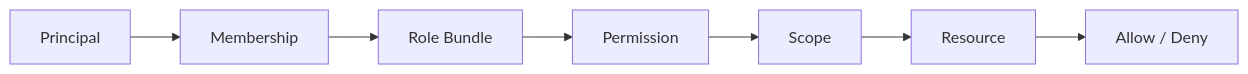
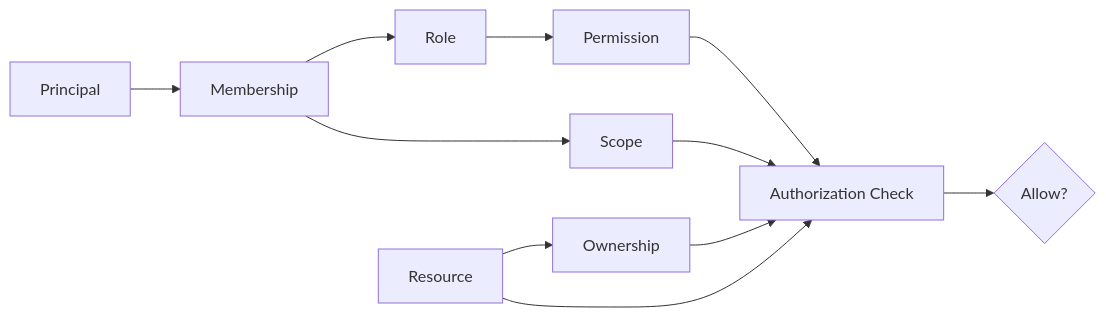
Before and after one commit to D-engahmed/OMILINKS: the second of 2 diagrams in docs/security/permission-matrix.md, drawn with Mermaid. The commit also changed other lines of this file and 1 other file, not shown here.

Commit message:
docs: deepen threat model and permission matrix

````diff
--- a/docs/security/permission-matrix.md
+++ b/docs/security/permission-matrix.md
@@ -24,9 +86,13 @@
-```mermaid
+~~~mermaid
 flowchart LR
-P[Principal] --> M[Membership]
-M --> R[Role Bundle]
-R --> PERM[Permission]
-PERM --> SCOPE[Scope]
-SCOPE --> RES[Resource]
-RES --> DEC[Allow / Deny]
-```
+USER[Principal] --> MEMBERSHIP[Membership]
+MEMBERSHIP --> ROLE[Role]
+ROLE --> PERMISSION[Permission]
+MEMBERSHIP --> SCOPE[Scope]
+RESOURCE[Resource] --> OWNERSHIP[Ownership]
+PERMISSION --> CHECK[Authorization Check]
+SCOPE --> CHECK
+OWNERSHIP --> CHECK
+RESOURCE --> CHECK
+CHECK --> DECISION{Allow?}
+~~~
````
